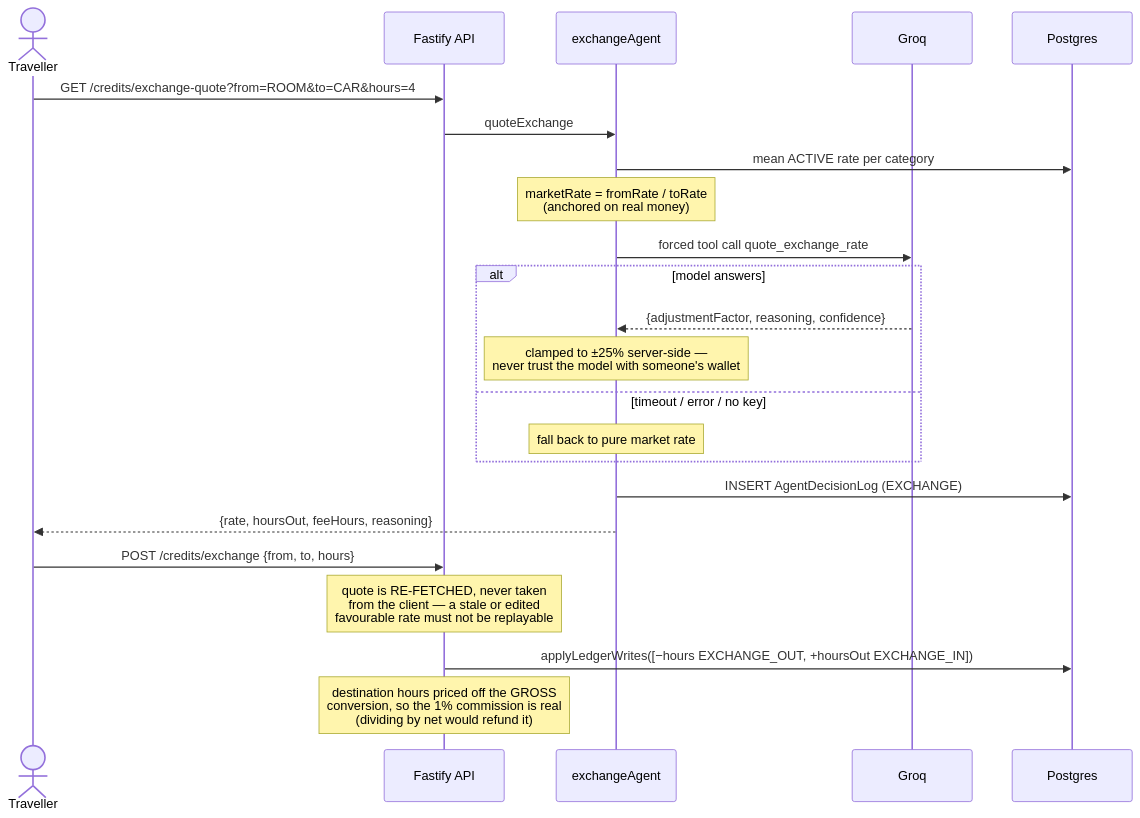
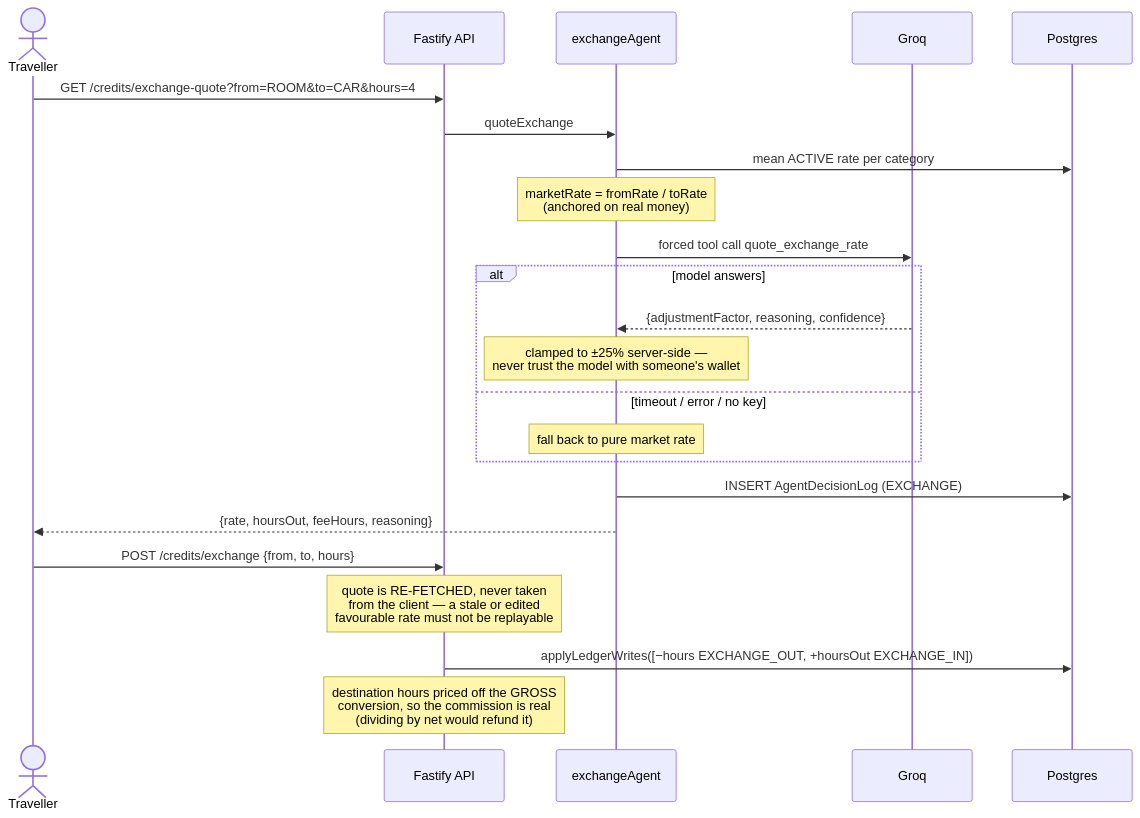
The eighth of 10 diagrams in docs/DIAGRAMS.md (aliabdalla-maker/good-hour), drawn with Mermaid before and after one commit. The commit also changed other lines of this file and 28 other files, not shown here.

````diff
--- a/docs/DIAGRAMS.md
+++ b/docs/DIAGRAMS.md
@@ -278,27 +278,27 @@
 ```mermaid
 sequenceDiagram
     actor T as Traveller
     participant API as Fastify API
     participant Ag as exchangeAgent
     participant LLM as Groq
     participant DB as Postgres
 
     T->>API: GET /credits/exchange-quote?from=ROOM&to=CAR&hours=4
     API->>Ag: quoteExchange
     Ag->>DB: mean ACTIVE rate per category
     Note over Ag: marketRate = fromRate / toRate<br/>(anchored on real money)
     Ag->>LLM: forced tool call quote_exchange_rate
     alt model answers
         LLM-->>Ag: {adjustmentFactor, reasoning, confidence}
         Note over Ag: clamped to ±25% server-side —<br/>never trust the model with someone's wallet
     else timeout / error / no key
         Note over Ag: fall back to pure market rate
     end
     Ag->>DB: INSERT AgentDecisionLog (EXCHANGE)
     Ag-->>T: {rate, hoursOut, feeHours, reasoning}
 
     T->>API: POST /credits/exchange {from, to, hours}
     Note over API: quote is RE-FETCHED, never taken<br/>from the client — a stale or edited<br/>favourable rate must not be replayable
     API->>DB: applyLedgerWrites([−hours EXCHANGE_OUT, +hoursOut EXCHANGE_IN])
-    Note over API: destination hours priced off the GROSS<br/>conversion, so the 1% commission is real<br/>(dividing by net would refund it)
+    Note over API: destination hours priced off the GROSS<br/>conversion, so the commission is real<br/>(dividing by net would refund it)
 ```
````
